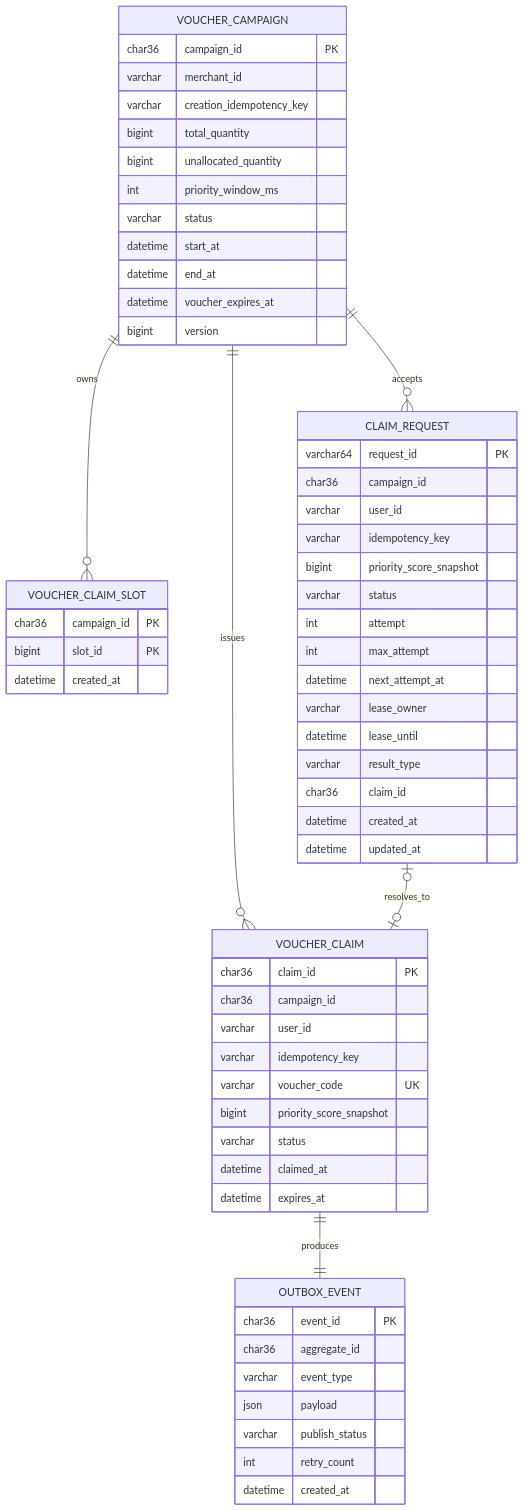
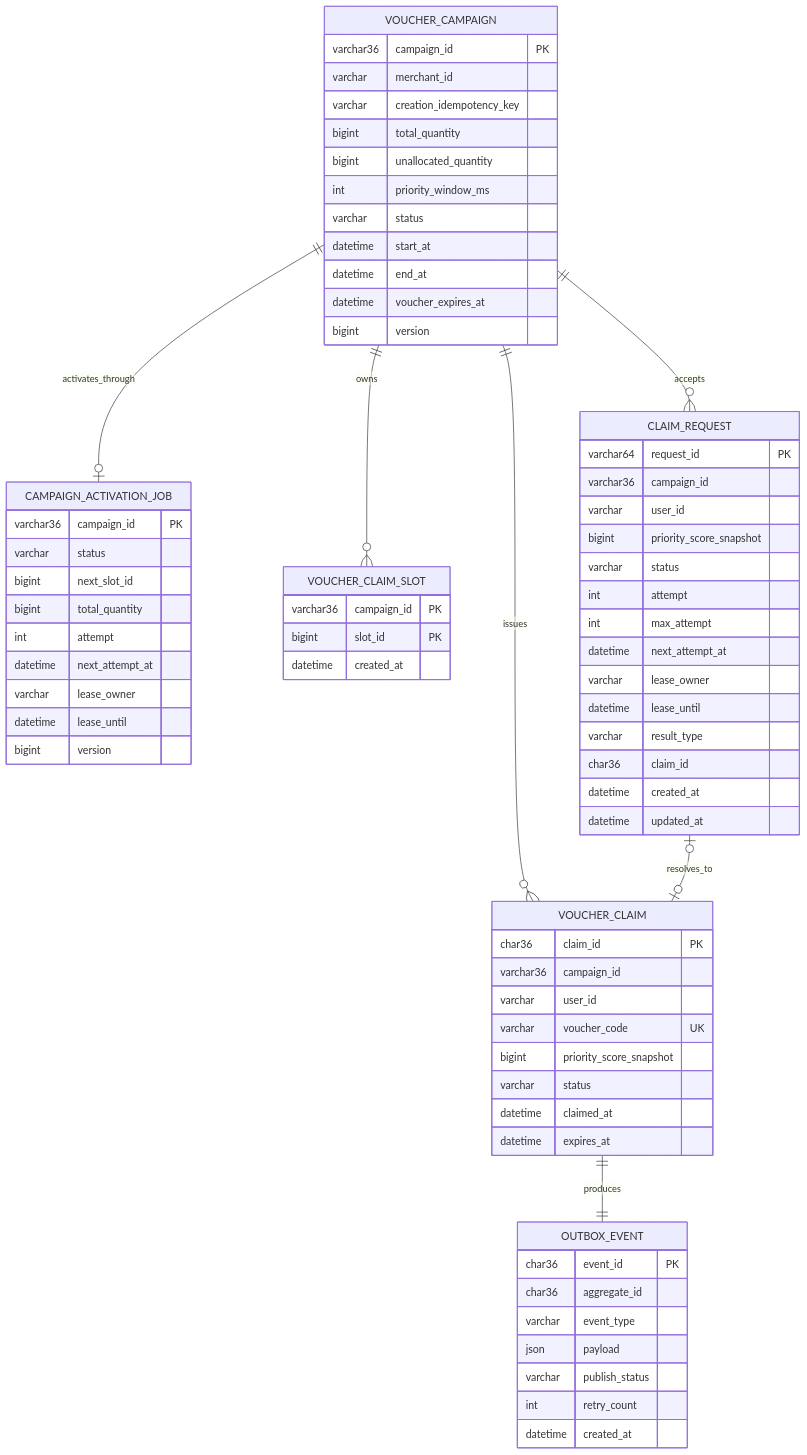
The second of 14 diagrams in SOLUTION.md (PhamDinhDuy-2508/Voucher-claim-system), drawn with Mermaid before and after one commit. The commit also changed other lines of this file and 65 other files, not shown here.

````diff
--- a/SOLUTION.md
+++ b/SOLUTION.md
@@ -173,68 +169,79 @@
 ```mermaid
 erDiagram
+    VOUCHER_CAMPAIGN ||--o| CAMPAIGN_ACTIVATION_JOB : activates_through
     VOUCHER_CAMPAIGN ||--o{ VOUCHER_CLAIM_SLOT : owns
     VOUCHER_CAMPAIGN ||--o{ CLAIM_REQUEST : accepts
     VOUCHER_CAMPAIGN ||--o{ VOUCHER_CLAIM : issues
     CLAIM_REQUEST o|--o| VOUCHER_CLAIM : resolves_to
     VOUCHER_CLAIM ||--|| OUTBOX_EVENT : produces
 
     VOUCHER_CAMPAIGN {
-        char36 campaign_id PK
+        varchar36 campaign_id PK
         varchar merchant_id
         varchar creation_idempotency_key
         bigint total_quantity
         bigint unallocated_quantity
         int priority_window_ms
         varchar status
         datetime start_at
         datetime end_at
         datetime voucher_expires_at
         bigint version
     }
 
     VOUCHER_CLAIM_SLOT {
-        char36 campaign_id PK
+        varchar36 campaign_id PK
         bigint slot_id PK
         datetime created_at
     }
 
+    CAMPAIGN_ACTIVATION_JOB {
+        varchar36 campaign_id PK
+        varchar status
+        bigint next_slot_id
+        bigint total_quantity
+        int attempt
+        datetime next_attempt_at
+        varchar lease_owner
+        datetime lease_until
+        bigint version
+    }
+
     VOUCHER_CLAIM {
         char36 claim_id PK
-        char36 campaign_id
+        varchar36 campaign_id
         varchar user_id
-        varchar idempotency_key
         varchar voucher_code UK
         bigint priority_score_snapshot
         varchar status
         datetime claimed_at
         datetime expires_at
     }
 
     CLAIM_REQUEST {
         varchar64 request_id PK
-        char36 campaign_id
+        varchar36 campaign_id
         varchar user_id
-        varchar idempotency_key
         bigint priority_score_snapshot
         varchar status
         int attempt
         int max_attempt
         datetime next_attempt_at
         varchar lease_owner
         datetime lease_until
         varchar result_type
         char36 claim_id
         datetime created_at
         datetime updated_at
     }
 
     OUTBOX_EVENT {
         char36 event_id PK
         char36 aggregate_id
         varchar event_type
         json payload
         varchar publish_status
         int retry_count
         datetime created_at
     }
 ```
````
